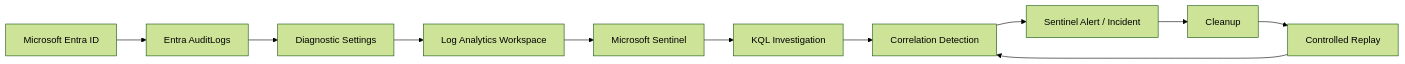
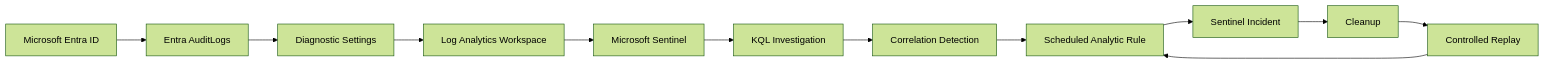
One commit to Seanfrvr/Azure-Identity-Detection-Correlation-Home-Lab changed the diagram in README.md. Above: the diagram before and after it, drawn with Mermaid (forest theme). The commit also changed other lines of this file, not shown here.

````diff
--- a/README.md
+++ b/README.md
@@ -53,13 +55,14 @@
 ```mermaid
 flowchart LR
     A["Microsoft Entra ID"] --> B["Entra AuditLogs"]
     B --> C["Diagnostic Settings"]
     C --> D["Log Analytics Workspace"]
     D --> E["Microsoft Sentinel"]
     E --> F["KQL Investigation"]
     F --> G["Correlation Detection"]
-    G --> H["Sentinel Alert / Incident"]
-    H --> I["Cleanup"]
-    I --> J["Controlled Replay"]
-    J --> G
+    G --> H["Scheduled Analytic Rule"]
+    H --> I["Sentinel Incident"]
+    I --> J["Cleanup"]
+    J --> K["Controlled Replay"]
+    K --> H
 ```
````
